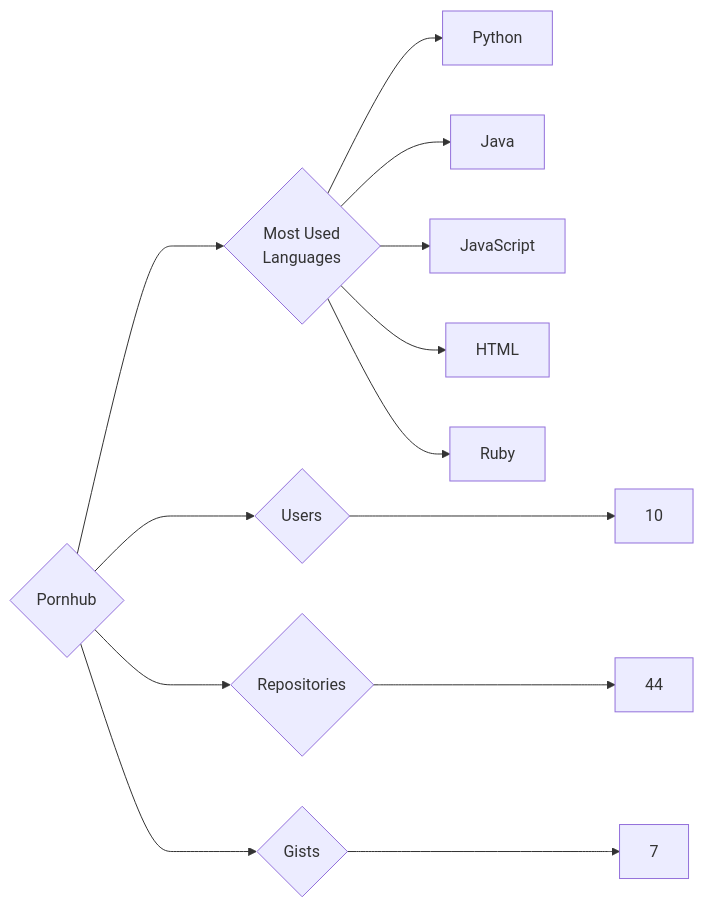
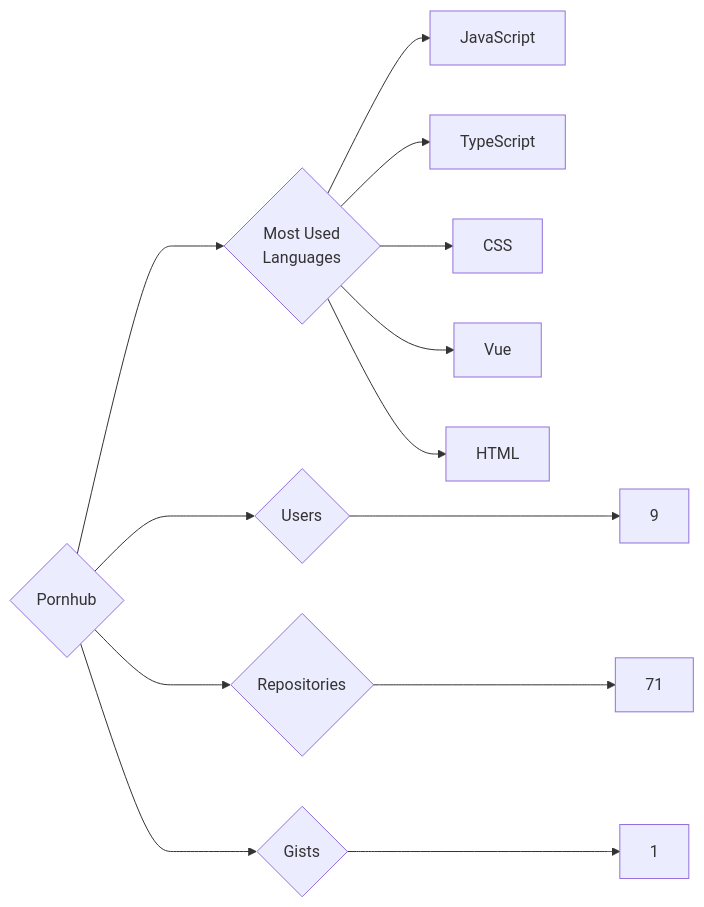
Before and after one commit to trickest/insiders: the diagram in targets/Pornhub/README.md, drawn with Mermaid. The commit also changed 1011 other files, not shown here.

````diff
--- a/targets/Pornhub/README.md
+++ b/targets/Pornhub/README.md
@@ -3,13 +3,13 @@
 ```mermaid
 graph LR
 COMPANY_NAME{Pornhub}
-COMPANY_NAME ---> U{Users} ---> UN[10]
-COMPANY_NAME ---> R{Repositories} ---> RN[44]
-COMPANY_NAME ---> G{Gists} ---> GN[7]
+COMPANY_NAME ---> U{Users} ---> UN[9]
+COMPANY_NAME ---> R{Repositories} ---> RN[71]
+COMPANY_NAME ---> G{Gists} ---> GN[1]
 COMPANY_NAME ---> ML{Most Used<br>Languages}
-ML --> Python[Python]
-ML --> Java[Java]
 ML --> JavaScript[JavaScript]
+ML --> TypeScript[TypeScript]
+ML --> CSS[CSS]
+ML --> Vue[Vue]
 ML --> HTML[HTML]
-ML --> Ruby[Ruby]
 ```
````
